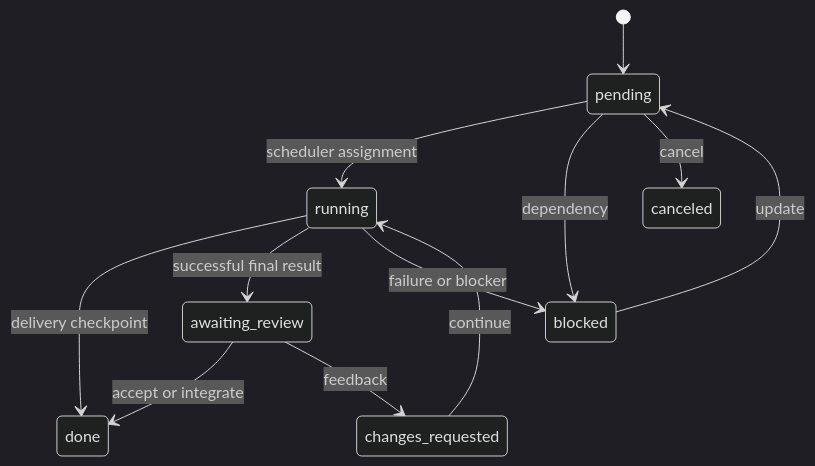
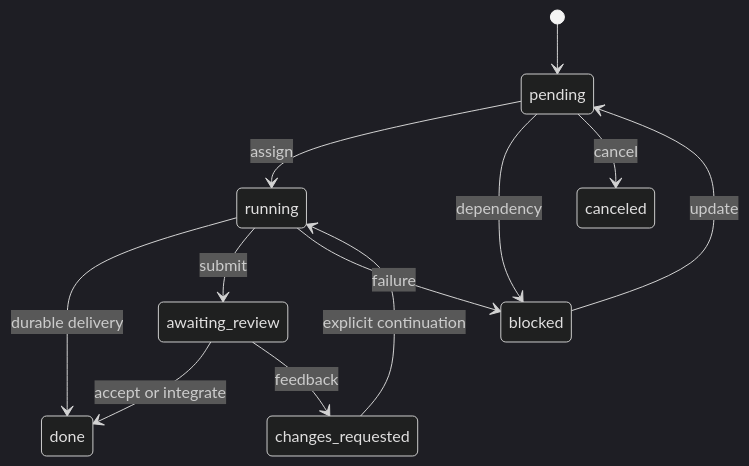
One commit to alexschlessinger/polly changed the first of 3 diagrams in docs/WORKFLOWS.md. Above: the diagram before and after it, drawn with Mermaid (dark theme). The commit also changed other lines of this file and 10 other files, not shown here.

````diff
--- a/docs/WORKFLOWS.md
+++ b/docs/WORKFLOWS.md
@@ -92,14 +80,14 @@
 ```mermaid
 stateDiagram-v2
     [*] --> pending
-    pending --> running: scheduler assignment
-    running --> done: delivery checkpoint
-    running --> awaiting_review: successful final result
+    pending --> running: assign
+    running --> done: durable delivery
+    running --> awaiting_review: submit
     awaiting_review --> done: accept or integrate
     awaiting_review --> changes_requested: feedback
-    changes_requested --> running: continue
+    changes_requested --> running: explicit continuation
     pending --> blocked: dependency
-    running --> blocked: failure or blocker
+    running --> blocked: failure
     blocked --> pending: update
     pending --> canceled: cancel
 ```
````
